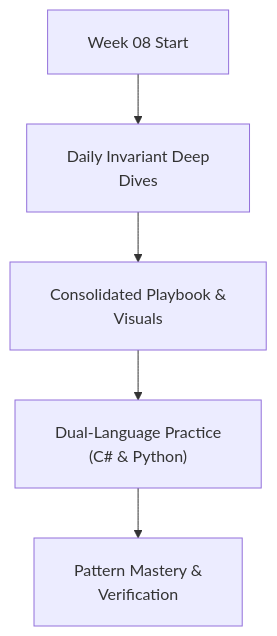
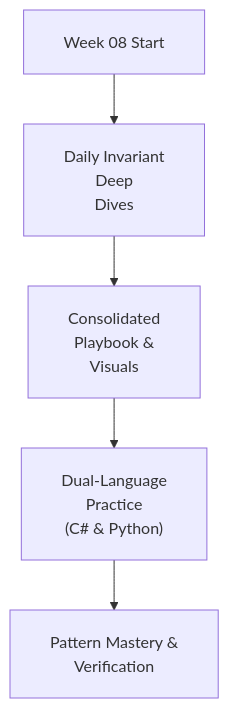
The diagram in week_08_graph_fundamentals/README.md (dip4k/DSA_102), drawn with Mermaid before and after one commit. The commit also changed 106 other files, not shown here.

First line of the commit message:
fix(mermaid): prevent text clipping with foreignObject overflow and tighter line wrapping

````diff
--- a/week_08_graph_fundamentals/README.md
+++ b/week_08_graph_fundamentals/README.md
@@ -16,8 +16,8 @@
 ```mermaid
-%%{init: {"flowchart": {"htmlLabels": true, "padding": 20}}}%%
+%%{init: {"flowchart": {"htmlLabels": true, "padding": 20}, "themeCSS": "foreignObject { overflow: visible !important; }"}}%%
 flowchart TD
-    Start["Week 08 Start"] --> Daily["Daily Invariant Deep<br/>Dives"]
-    Daily --> Playbook["Consolidated Playbook &<br/>Visuals"]
-    Playbook --> DualLang["Dual-Language Practice<br/>(C# & Python)"]
+    Start["Week 08 Start"] --> Daily["Daily Invariant<br/>Deep<br/>Dives"]
+    Daily --> Playbook["Consolidated<br/>Playbook &<br/>Visuals"]
+    Playbook --> DualLang["Dual-Language<br/>Practice<br/>(C# & Python)"]
     DualLang --> Mastery["Pattern Mastery &<br/>Verification"]
 ```
````
